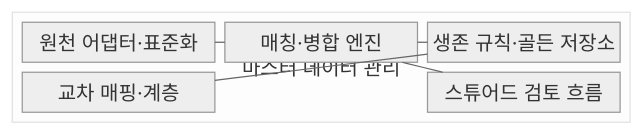
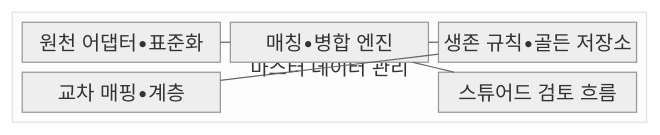
One commit to agnusdei1207/knowledge-base changed the first of 2 diagrams in src/content/docs/notes/03-software/136_master_data_management.md. Above: the diagram before and after it, drawn with Mermaid (neutral theme). The commit also changed other lines of this file and 953 other files, not shown here.

````diff
--- a/src/content/docs/notes/03-software/136_master_data_management.md
+++ b/src/content/docs/notes/03-software/136_master_data_management.md
@@ -70,17 +70,17 @@
 ```mermaid
 block
     columns 1
     block:MDM["마스터 데이터 관리"]
         columns 3
-        A["원천 어댑터·표준화"]
-        B["매칭·병합 엔진"]
-        C["생존 규칙·골든 저장소"]
-        D["교차 매핑·계층"]
+        A["원천 어댑터•표준화"]
+        B["매칭•병합 엔진"]
+        C["생존 규칙•골든 저장소"]
+        D["교차 매핑•계층"]
         space
         E["스튜어드 검토 흐름"]
     end
     A --- B
     B --- C
     C --- D
     B --- E
 ```
````
